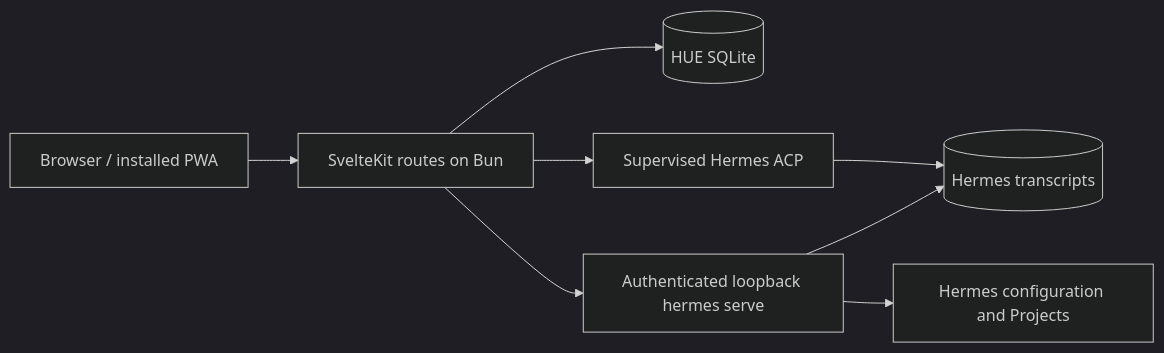
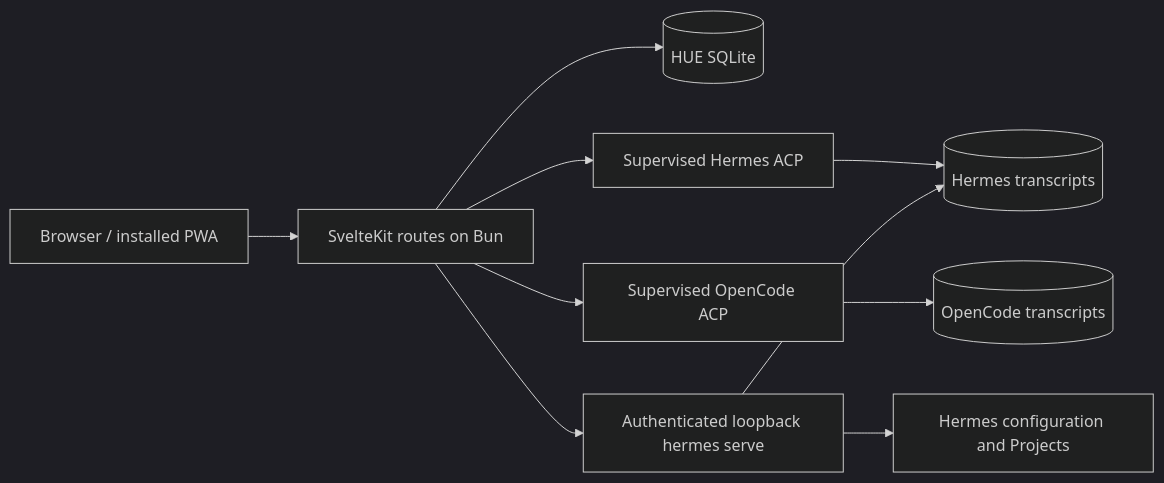
One commit to ctwhome/HUE changed the diagram in docs/05-system-architecture.md. Above: the diagram before and after it, drawn with Mermaid (dark theme). The commit also changed other lines of this file and 66 other files, not shown here.

Commit message:
feat: add OpenCode sessions and workspace tooling

````diff
--- a/docs/05-system-architecture.md
+++ b/docs/05-system-architecture.md
@@ -12,10 +12,12 @@
 ```mermaid
 flowchart LR
     B[Browser / installed PWA] --> H[SvelteKit routes on Bun]
     H --> Q[(HUE SQLite)]
     H --> A[Supervised Hermes ACP]
+    H --> O[Supervised OpenCode ACP]
     H --> S[Authenticated loopback hermes serve]
     A --> T[(Hermes transcripts)]
+    O --> U[(OpenCode transcripts)]
     S --> T
     S --> C[Hermes configuration and Projects]
 ```
````
